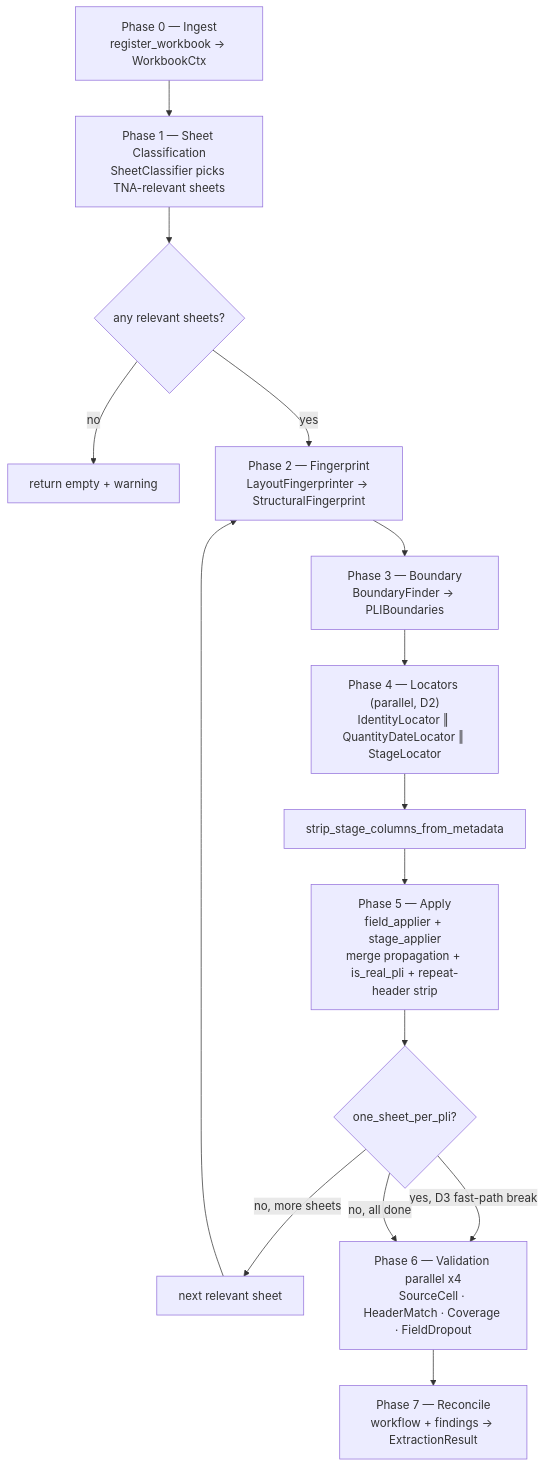
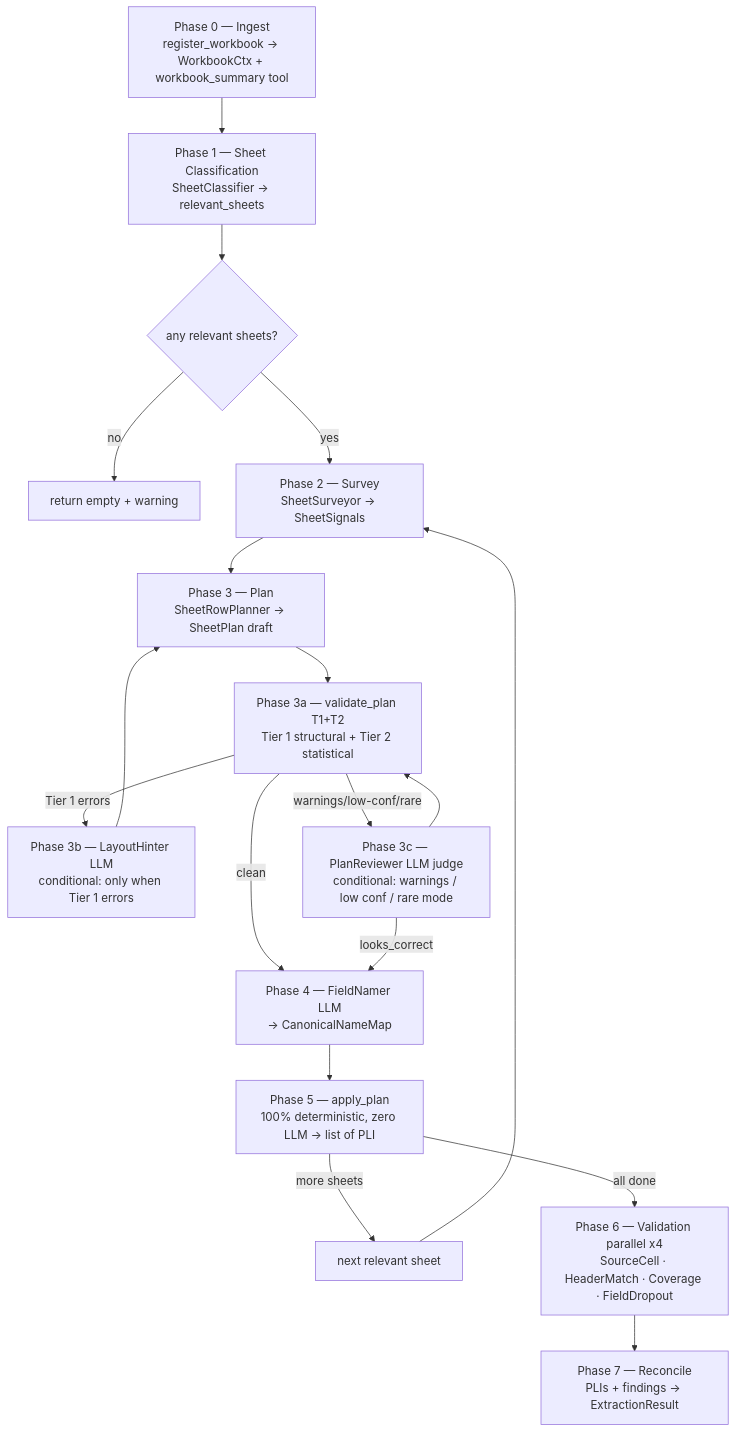
Before and after one commit to DAITA-Labs/tna-service: the third of 9 diagrams in ARCHITECTURE.md, drawn with Mermaid. The commit also changed other lines of this file, not shown here.

First line of the commit message:
docs(architecture): rewrite for SheetRowPlanner pipeline

````diff
--- a/ARCHITECTURE.md
+++ b/ARCHITECTURE.md
@@ -183,28 +187,34 @@
 ```mermaid
 flowchart TB
-    P0[Phase 0 — Ingest<br/>register_workbook → WorkbookCtx]
-    P1[Phase 1 — Sheet Classification<br/>SheetClassifier picks TNA-relevant sheets]
+    P0[Phase 0 — Ingest<br/>register_workbook → WorkbookCtx + workbook_summary tool]
+    P1[Phase 1 — Sheet Classification<br/>SheetClassifier → relevant_sheets]
     BR{any relevant sheets?}
     HALT[return empty + warning]
 
-    P2[Phase 2 — Fingerprint<br/>LayoutFingerprinter → StructuralFingerprint]
-    P3[Phase 3 — Boundary<br/>BoundaryFinder → PLIBoundaries]
-    P4P["Phase 4 — Locators (parallel, D2)<br/>IdentityLocator ‖ QuantityDateLocator ‖ StageLocator"]
-    DEDUP[strip_stage_columns_from_metadata]
-    P5[Phase 5 — Apply<br/>field_applier + stage_applier<br/>merge propagation + is_real_pli + repeat-header strip]
+    P2[Phase 2 — Survey<br/>SheetSurveyor → SheetSignals]
+    P3[Phase 3 — Plan<br/>SheetRowPlanner → SheetPlan draft]
+    P3a[Phase 3a — validate_plan T1+T2<br/>Tier 1 structural + Tier 2 statistical]
+    P3b[Phase 3b — LayoutHinter LLM<br/>conditional: only when Tier 1 errors]
+    P3c[Phase 3c — PlanReviewer LLM judge<br/>conditional: warnings / low conf / rare mode]
 
-    OSPB{one_sheet_per_pli?}
+    P4[Phase 4 — FieldNamer LLM<br/>→ CanonicalNameMap]
+    P5[Phase 5 — apply_plan<br/>100% deterministic, zero LLM → list of PLI]
+
     NEXT[next relevant sheet]
 
     P6[Phase 6 — Validation parallel x4<br/>SourceCell · HeaderMatch · Coverage · FieldDropout]
-    P7[Phase 7 — Reconcile<br/>workflow + findings → ExtractionResult]
+    P7[Phase 7 — Reconcile<br/>PLIs + findings → ExtractionResult]
 
     P0 --> P1 --> BR
     BR -- no --> HALT
     BR -- yes --> P2
-    P2 --> P3 --> P4P --> DEDUP --> P5 --> OSPB
-    OSPB -- yes, D3 fast-path break --> P6
-    OSPB -- no, more sheets --> NEXT --> P2
-    OSPB -- no, all done --> P6
+    P2 --> P3 --> P3a
+    P3a -- Tier 1 errors --> P3b --> P3
+    P3a -- warnings/low-conf/rare --> P3c --> P3a
+    P3a -- clean --> P4
+    P3c -- looks_correct --> P4
+    P4 --> P5
+    P5 -- more sheets --> NEXT --> P2
+    P5 -- all done --> P6
     P6 --> P7
 ```
````
